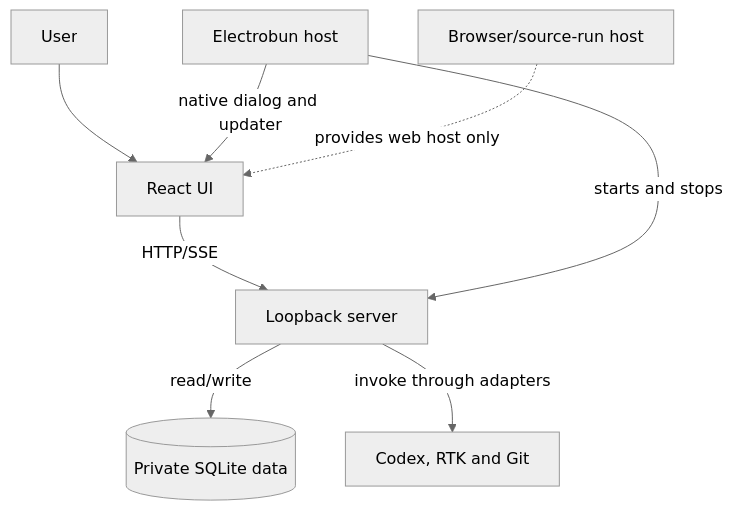
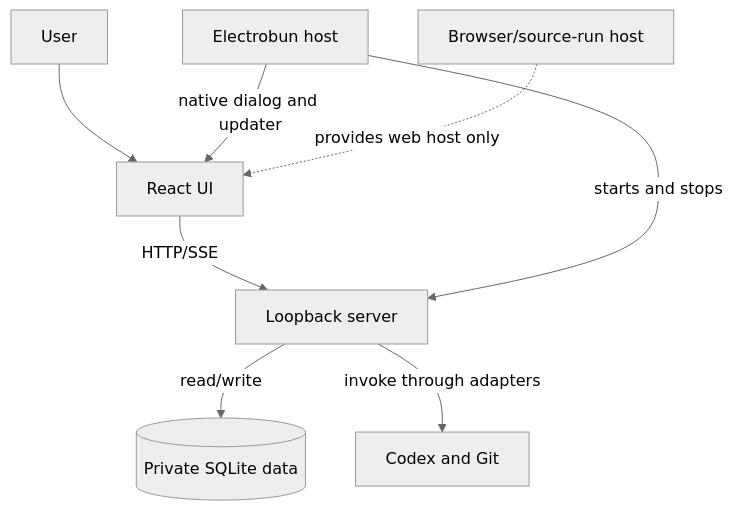
The second of 2 diagrams in docs/architecture.md (ThreeLightStudio/statecarry), drawn with Mermaid (neutral theme) before and after one commit. The commit also changed other lines of this file and 27 other files, not shown here.

````diff
--- a/docs/architecture.md
+++ b/docs/architecture.md
@@ -42,10 +42,10 @@
 ```mermaid
 flowchart TD
   user[User] --> ui[React UI]
   ui -->|HTTP/SSE| api[Loopback server]
   api -->|read/write| store[(Private SQLite data)]
-  api -->|invoke through adapters| tools[Codex, RTK and Git]
+  api -->|invoke through adapters| tools[Codex and Git]
   desktop[Electrobun host] -->|starts and stops| api
   desktop -->|native dialog and updater| ui
   browser[Browser/source-run host] -. provides web host only .-> ui
 ```
````
